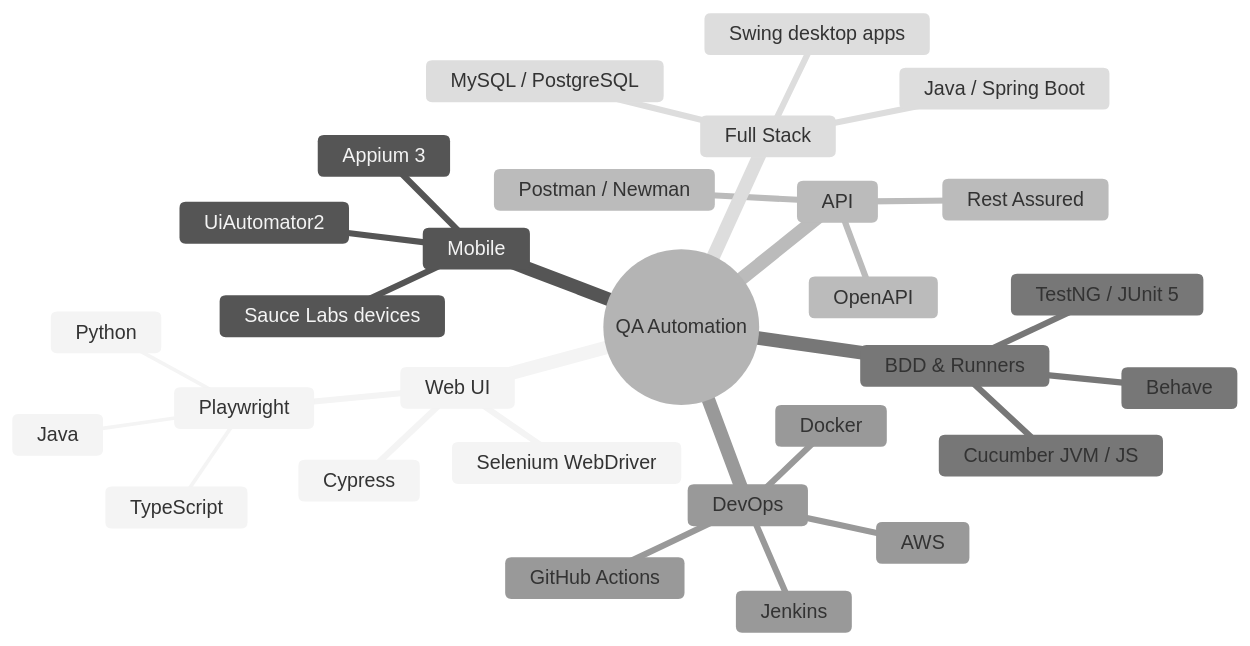
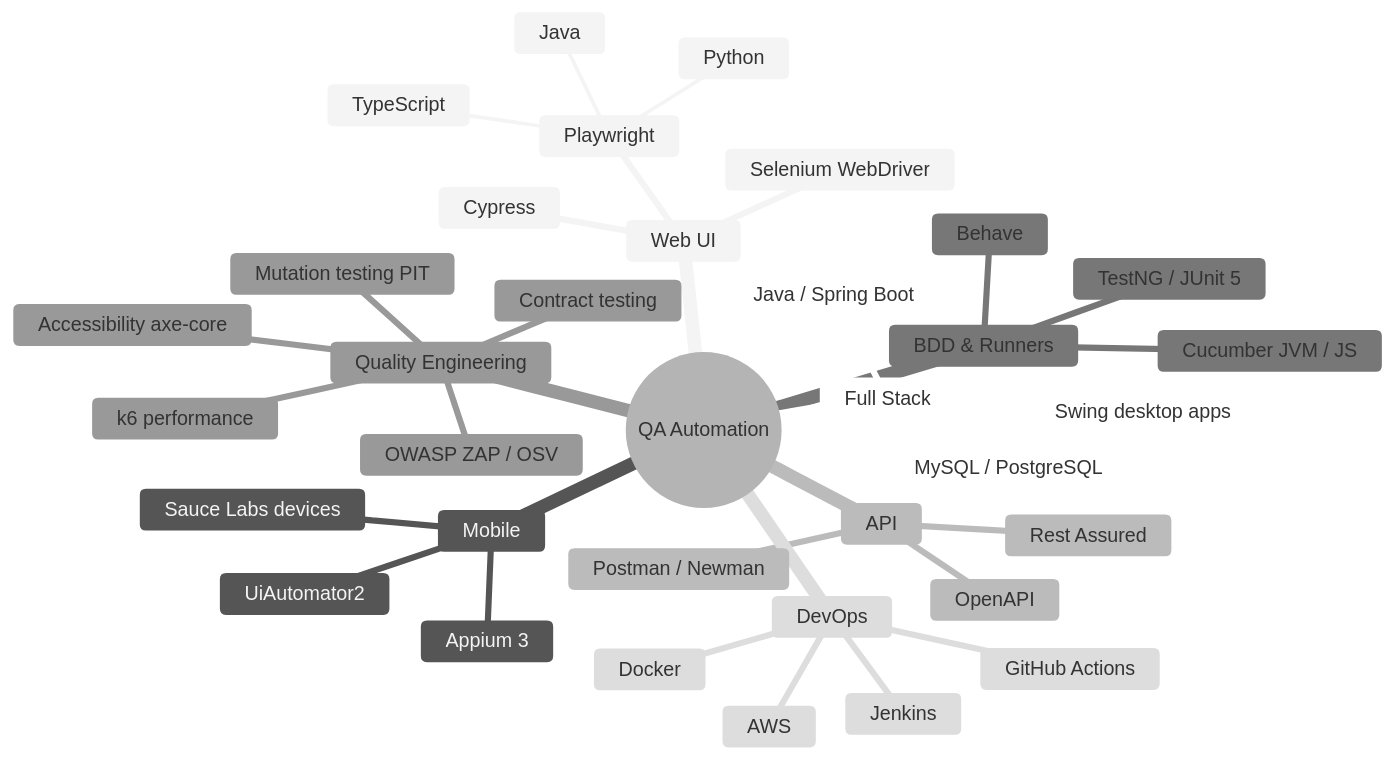
Before and after one commit to rbchy/rbchy: the first of 4 diagrams in README.md, drawn with Mermaid (neutral theme). The commit also changed other lines of this file and 1 other file, not shown here.

First line of the commit message:
Profile README v2.6: E-Commerce Suite as flagship project, quality-engineering skills, 36 repositories (#1)

````diff
--- a/README.md
+++ b/README.md
@@ -179,32 +239,38 @@
 ```mermaid
 mindmap
   root((QA Automation))
     Web UI
       Playwright
         TypeScript
         Python
         Java
       Selenium WebDriver
       Cypress
     Mobile
       Appium 3
       UiAutomator2
       Sauce Labs devices
     API
       Rest Assured
       Postman / Newman
       OpenAPI
     BDD & Runners
       Cucumber JVM / JS
       Behave
       TestNG / JUnit 5
+    Quality Engineering
+      Contract testing
+      Mutation testing PIT
+      Accessibility axe-core
+      k6 performance
+      OWASP ZAP / OSV
     DevOps
       Jenkins
       GitHub Actions
       Docker
       AWS
     Full Stack
       Java / Spring Boot
       MySQL / PostgreSQL
       Swing desktop apps
 ```
````
